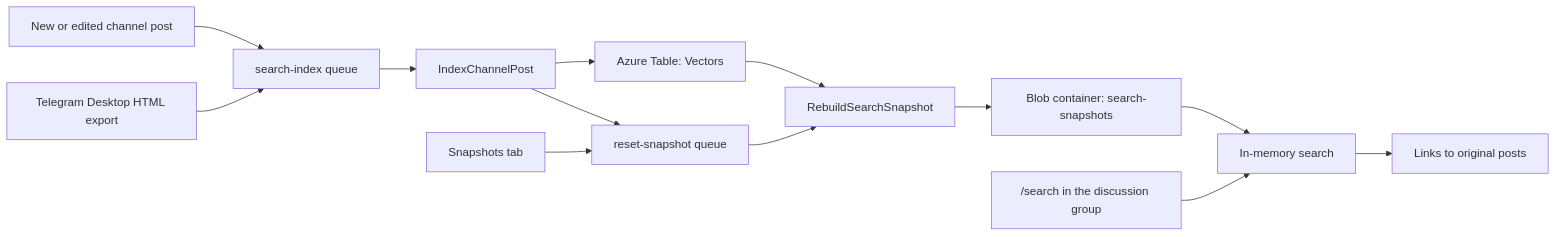
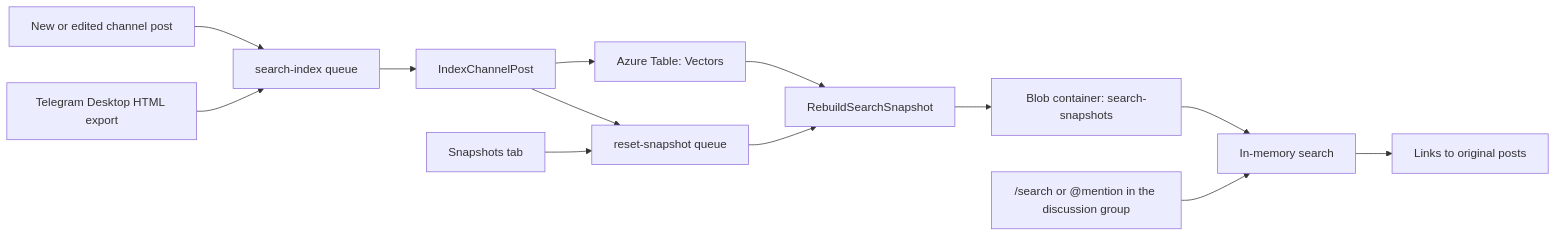
The diagram in docs/channel-search.md (Dotron-Development/AntiSpamTelegramBot), drawn with Mermaid before and after one commit. The commit also changed other lines of this file and 13 other files, not shown here.

Commit message:
Agent Host changes for agents/bot-mention-search-tool-implementation (#50)

````diff
--- a/docs/channel-search.md
+++ b/docs/channel-search.md
@@ -5,15 +5,15 @@
 ```mermaid
 flowchart LR
     Telegram[New or edited channel post] --> Index[search-index queue]
     Archive[Telegram Desktop HTML export] --> Index
     Index --> Worker[IndexChannelPost]
     Worker --> Vectors[Azure Table: Vectors]
     Worker --> Reset[reset-snapshot queue]
     UI[Snapshots tab] --> Reset
     Reset --> Builder[RebuildSearchSnapshot]
     Vectors --> Builder
     Builder --> Blob[Blob container: search-snapshots]
     Blob --> Search[In-memory search]
-    Command["/search in the discussion group"] --> Search
+    Command["/search or @mention in the discussion group"] --> Search
     Search --> Links[Links to original posts]
 ```
````
